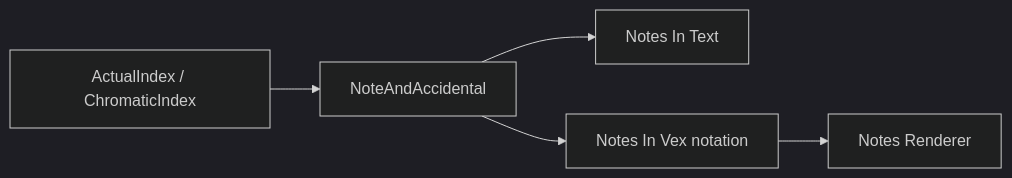
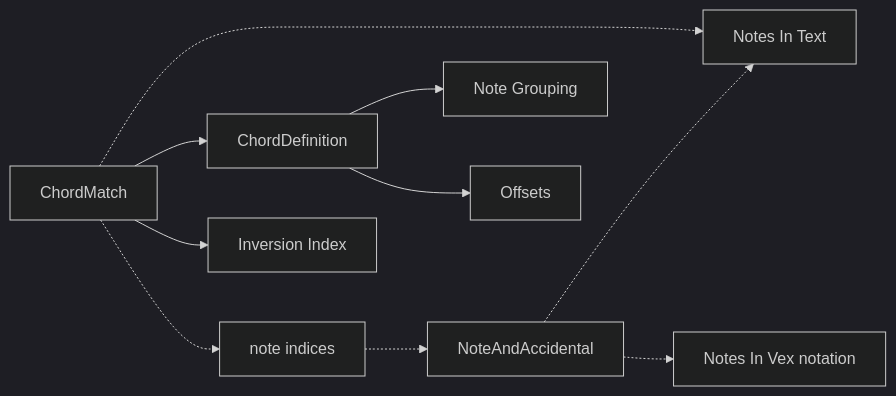
The diagram in docs/Representation.mmd (alekslovestech/chromatic-circle), drawn with Mermaid (dark theme) before and after one commit.

Commit message:
additional draft of diagram

```diff
--- a/docs/Representation.mmd
+++ b/docs/Representation.mmd
@@ -1,12 +1,21 @@
 flowchart LR
 
-NI["ActualIndex / ChromaticIndex"]
+NI["note indices"]
 NA["NoteAndAccidental"]
 NT["Notes In Text"]
 NV["Notes In Vex notation"]
-NR["Notes Renderer"]
+CM["ChordMatch"]
+CD["ChordDefinition"]
+II["Inversion Index"]
+NG["Note Grouping"]
+OI["Offsets"]
 
-NI --> NA 
-NA --> NT 
-NA --> NV 
-NV --> NR 
+CM --> CD  
+CD --> NG
+CD --> OI
+CM -.-> NT
+CM -.-> NI
+CM --> II
+NI -.-> NA 
+NA -.-> NT 
+NA -.-> NV 
```
